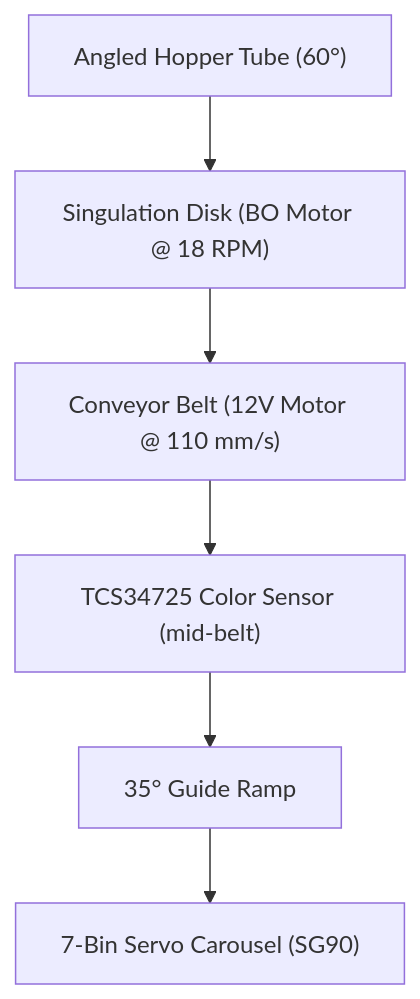
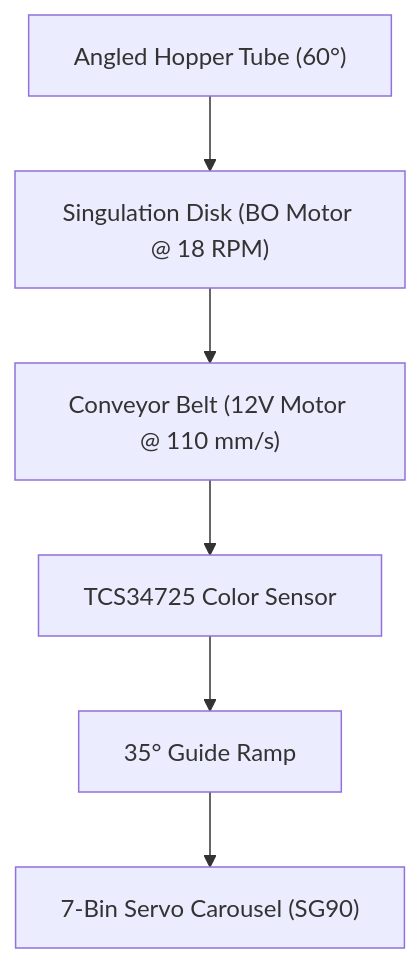
The first of 2 diagrams in README.md (Balaji-008/automated-color-based-gem-sorting-system), drawn with Mermaid before and after one commit.

Commit message:
Update color sensor label in README

````diff
--- a/README.md
+++ b/README.md
@@ -52,8 +52,8 @@
 ```mermaid
 graph TD
     Hopper["Angled Hopper Tube (60°)"] --> Disk["Singulation Disk (BO Motor @ 18 RPM)"]
     Disk --> Belt["Conveyor Belt (12V Motor @ 110 mm/s)"]
-    Belt --> Sensor["TCS34725 Color Sensor (mid-belt)"]
+    Belt --> Sensor["TCS34725 Color Sensor"]
     Sensor --> Ramp["35° Guide Ramp"]
     Ramp --> Carousel["7-Bin Servo Carousel (SG90)"]
 ```
````
